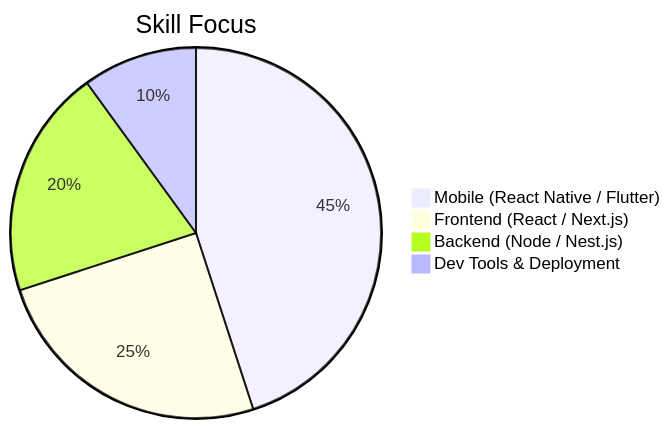
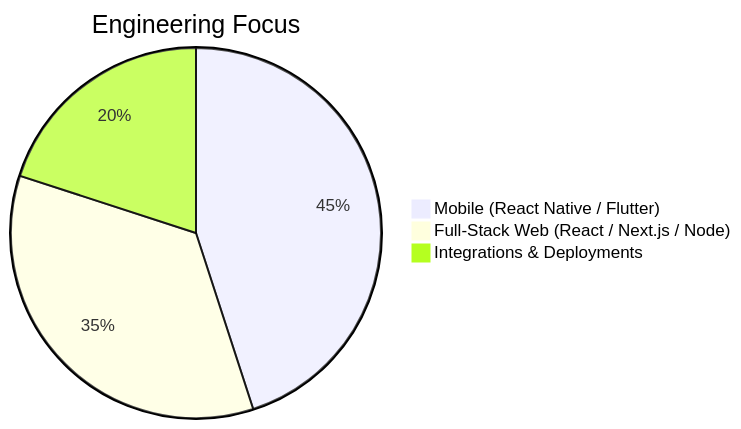
The diagram in README.md (Saifrazzaq1/Saifrazzaq1), drawn with Mermaid before and after one commit. The commit also changed other lines of this file, not shown here.

````diff
--- a/README.md
+++ b/README.md
@@ -88,7 +70,6 @@
 ```mermaid
-pie title Skill Focus
+pie title Engineering Focus
     "Mobile (React Native / Flutter)" : 45
-    "Frontend (React / Next.js)" : 25
-    "Backend (Node / Nest.js)" : 20
-    "Dev Tools & Deployment" : 10
+    "Full-Stack Web (React / Next.js / Node)" : 35
+    "Integrations & Deployments" : 20
 ```
````
